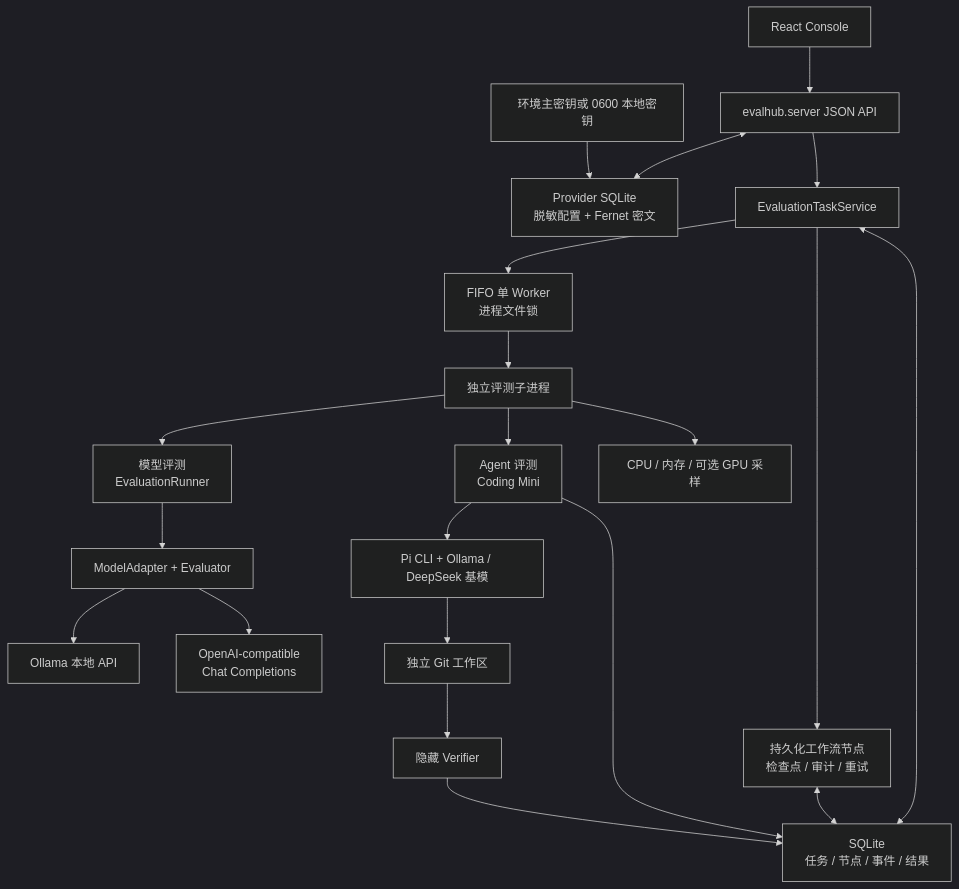
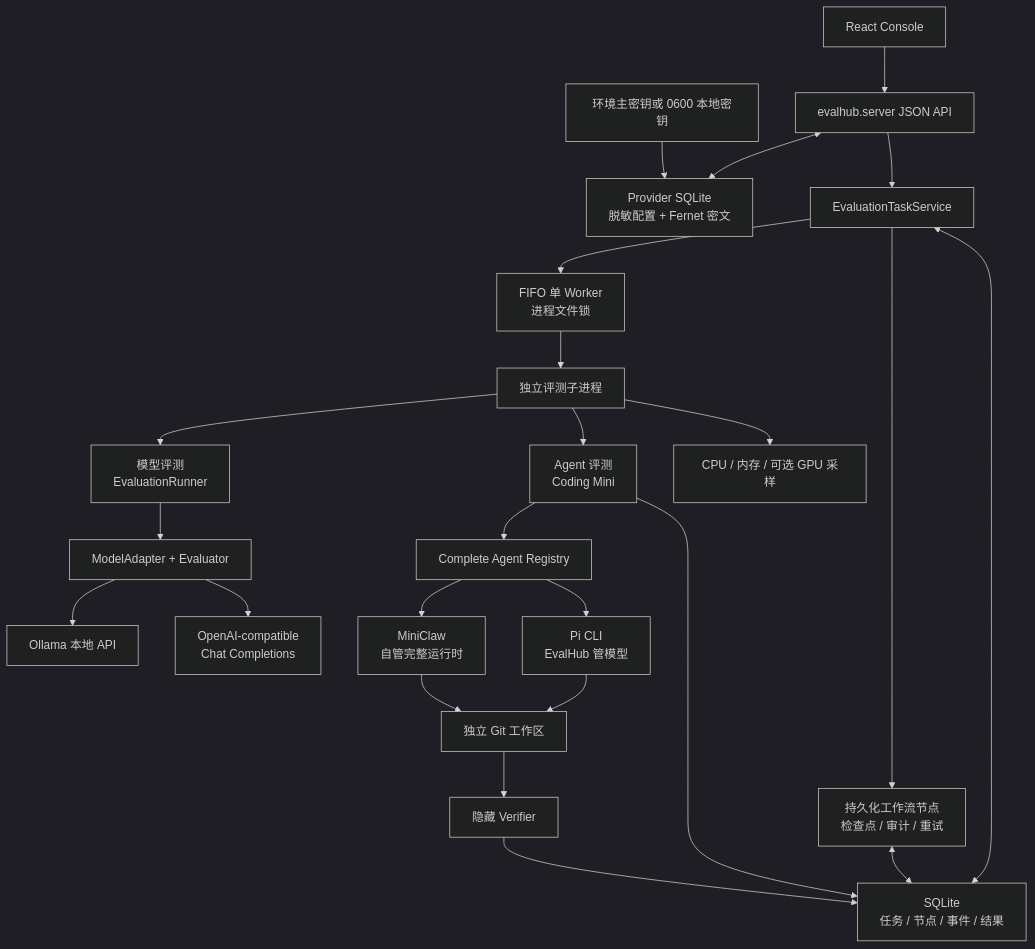
One commit to NEDONION/evalhub changed the first of 2 diagrams in docs/architecture/20260804_系统架构.md. Above: the diagram before and after it, drawn with Mermaid (dark theme). The commit also changed other lines of this file and 5 other files, not shown here.

Commit message:
docs: describe complete agent evaluation

````diff
--- a/docs/architecture/20260804_系统架构.md
+++ b/docs/architecture/20260804_系统架构.md
@@ -25,23 +25,26 @@
 ```mermaid
 flowchart TD
     UI["React Console"] --> API["evalhub.server JSON API"]
     API <--> PROVIDERS["Provider SQLite<br/>脱敏配置 + Fernet 密文"]
     KEY["环境主密钥或 0600 本地密钥"] --> PROVIDERS
     API --> SERVICE["EvaluationTaskService"]
     SERVICE <--> DB["SQLite<br/>任务 / 节点 / 事件 / 结果"]
     SERVICE --> FIFO["FIFO 单 Worker<br/>进程文件锁"]
     SERVICE --> DAG["持久化工作流节点<br/>检查点 / 审计 / 重试"]
     DAG <--> DB
     FIFO --> PROCESS["独立评测子进程"]
     PROCESS --> MODEL["模型评测<br/>EvaluationRunner"]
     PROCESS --> AGENT["Agent 评测<br/>Coding Mini"]
     MODEL --> ADAPTER["ModelAdapter + Evaluator"]
     ADAPTER --> OLLAMA["Ollama 本地 API"]
     ADAPTER --> REMOTE["OpenAI-compatible<br/>Chat Completions"]
-    AGENT --> PI["Pi CLI + Ollama / DeepSeek 基模"]
+    AGENT --> REGISTRY["Complete Agent Registry"]
+    REGISTRY --> PI["Pi CLI<br/>EvalHub 管模型"]
+    REGISTRY --> MINICLAW["MiniClaw<br/>自管完整运行时"]
     PI --> WORKSPACE["独立 Git 工作区"]
+    MINICLAW --> WORKSPACE
     WORKSPACE --> VERIFY["隐藏 Verifier"]
     PROCESS --> RESOURCE["CPU / 内存 / 可选 GPU 采样"]
     AGENT --> DB
     VERIFY --> DB
 ```
````
